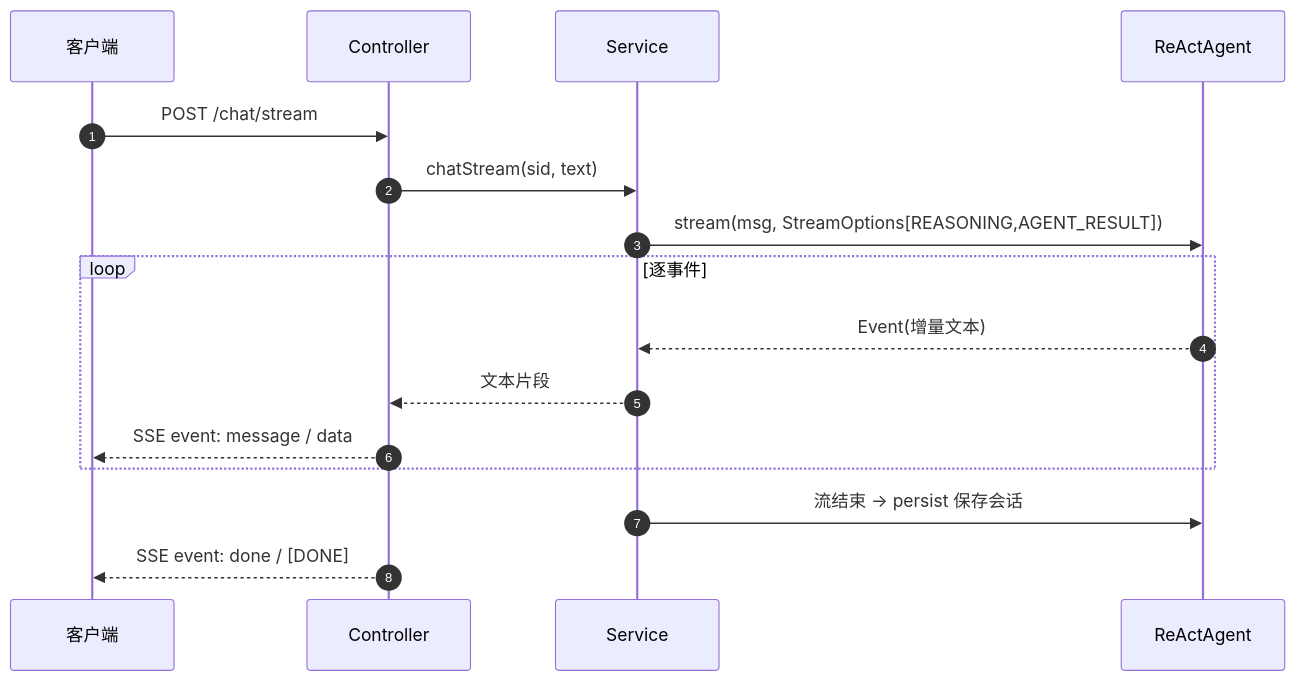
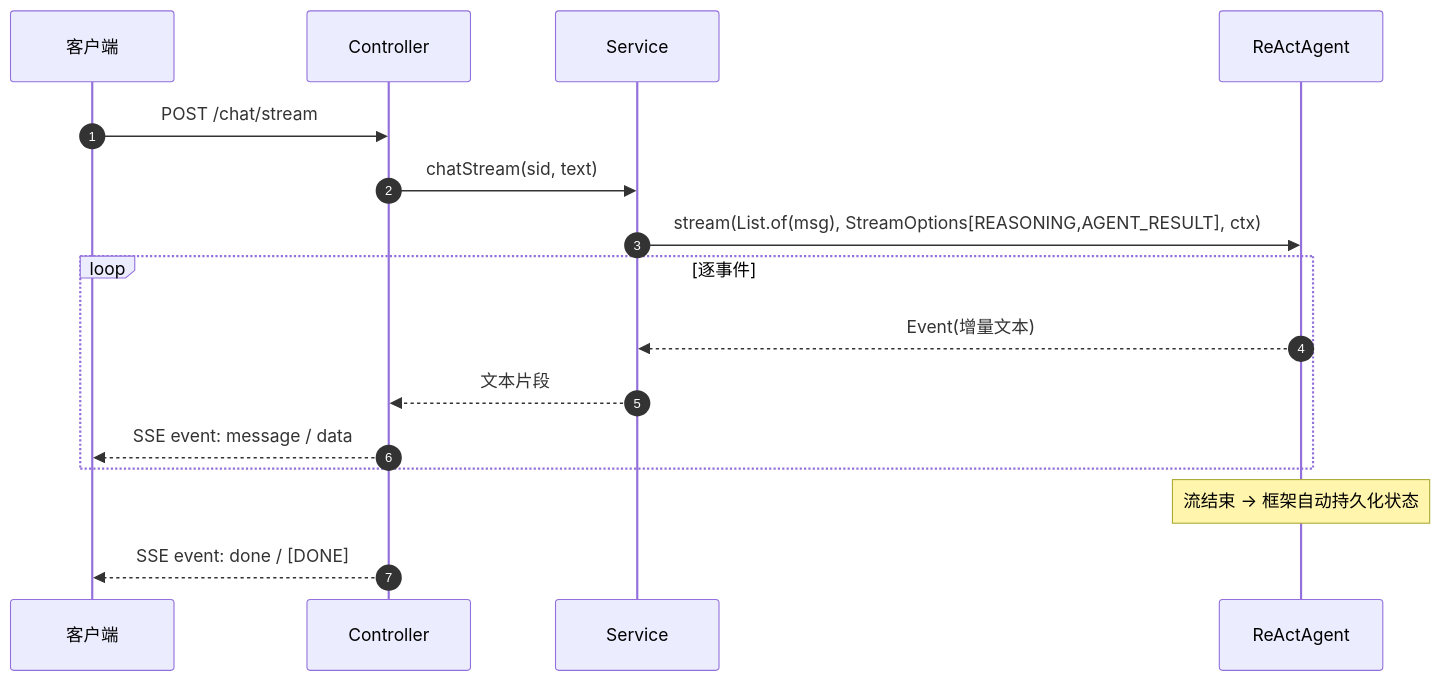
Before and after one commit to liulangjietou/customer_work: the tenth of 26 diagrams in docs/详细技术文档.md, drawn with Mermaid. The commit also changed other lines of this file, not shown here.

First line of the commit message:
docs: 详细技术文档整篇重写为 AgentScope 2.0 版

````diff
--- a/docs/详细技术文档.md
+++ b/docs/详细技术文档.md
@@ -423,18 +405,18 @@
 ```mermaid
 sequenceDiagram
     autonumber
     participant C as 客户端
     participant Ctrl as Controller
     participant Svc as Service
     participant Ag as ReActAgent
     C->>Ctrl: POST /chat/stream
     Ctrl->>Svc: chatStream(sid, text)
-    Svc->>Ag: stream(msg, StreamOptions[REASONING,AGENT_RESULT])
+    Svc->>Ag: stream(List.of(msg), StreamOptions[REASONING,AGENT_RESULT], ctx)
     loop 逐事件
         Ag-->>Svc: Event(增量文本)
         Svc-->>Ctrl: 文本片段
         Ctrl-->>C: SSE event: message / data
     end
-    Svc->>Ag: 流结束 → persist 保存会话
+    Note over Ag: 流结束 → 框架自动持久化状态
     Ctrl-->>C: SSE event: done / [DONE]
 ```
````
